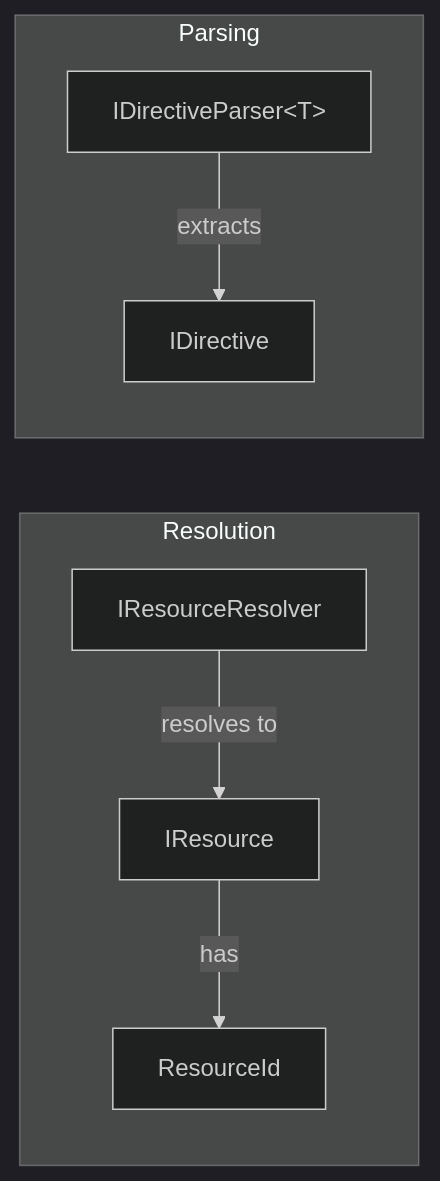
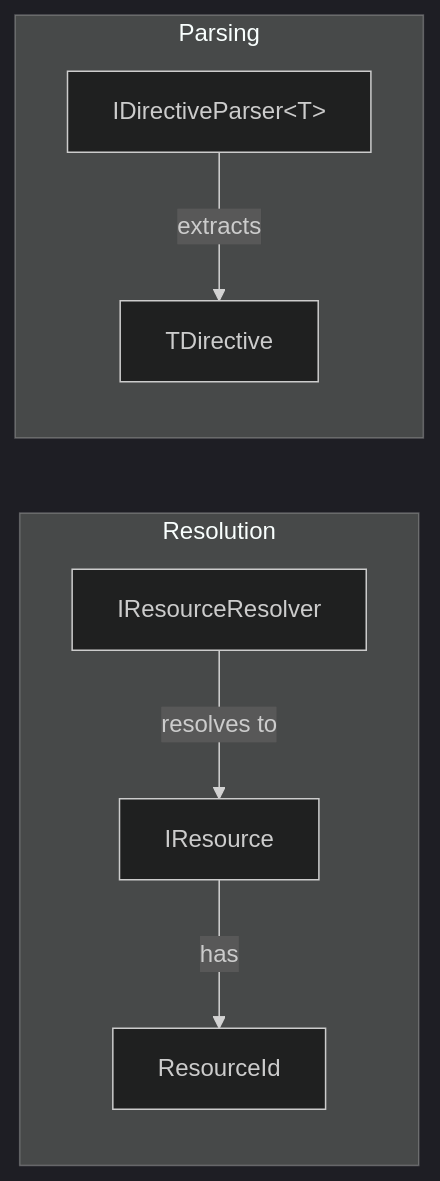
Before and after one commit to dsisco11/TinyPreprocessor: the diagram in docs/01-core-abstractions.md, drawn with Mermaid (dark theme). The commit also changed other lines of this file and 34 other files, not shown here.

````diff
--- a/docs/01-core-abstractions.md
+++ b/docs/01-core-abstractions.md
@@ -172,11 +167,11 @@
 ```mermaid
 flowchart LR
     subgraph Resolution
         IResourceResolver -->|resolves to| IResource
         IResource -->|has| ResourceId
     end
 
     subgraph Parsing
-        IDirectiveParserT["IDirectiveParser&lt;T&gt;"] -->|extracts| IDirective
+        IDirectiveParserT["IDirectiveParser&lt;T&gt;"] -->|extracts| TDirective
     end
 ```
````
